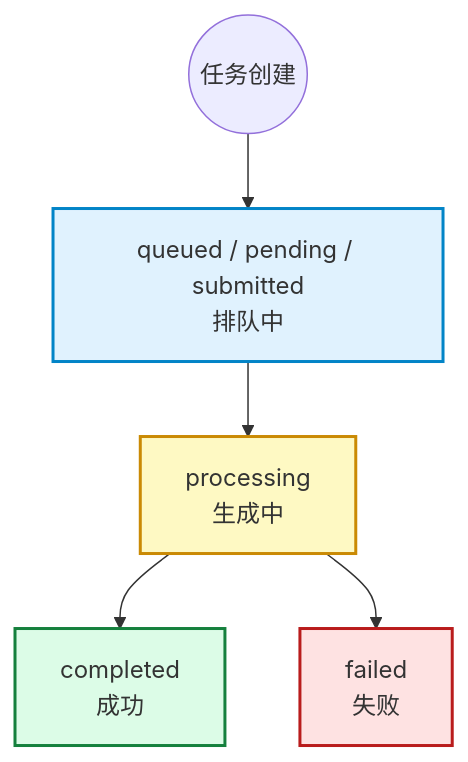
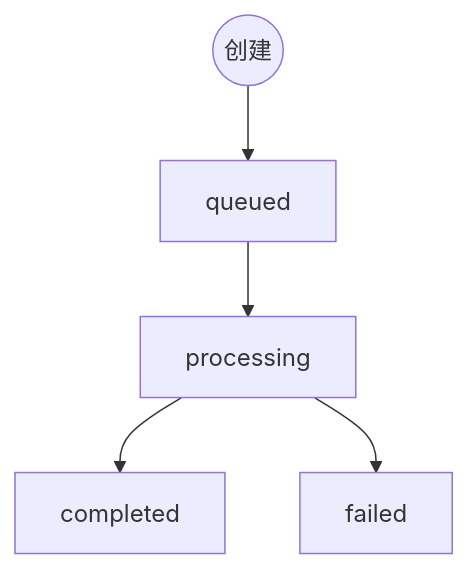
One commit to ZUCCzwp/spdocs changed the diagram in zh/api-reference/common/query.mdx. Above: the diagram before and after it, drawn with Mermaid. The commit also changed other lines of this file and 128 other files, not shown here.

````diff
--- a/zh/api-reference/common/query.mdx
+++ b/zh/api-reference/common/query.mdx
@@ -35,17 +19,7 @@
 ```mermaid
 graph TD
-    classDef queued fill:#e0f2fe,stroke:#0284c7,stroke-width:2px;
-    classDef processing fill:#fef9c3,stroke:#ca8a04,stroke-width:2px;
-    classDef completed fill:#dcfce7,stroke:#15803d,stroke-width:2px;
-    classDef failed fill:#fee2e2,stroke:#b91c1c,stroke-width:2px;
-
-    Start((任务创建)) --> queued[queued / pending / submitted<br>排队中]
-    queued --> processing[processing<br>生成中]
-    processing --> completed[completed<br>成功]
-    processing --> failed[failed<br>失败]
-
-    class queued queued;
-    class processing processing;
-    class completed completed;
-    class failed failed;
+    Start((创建)) --> queued[queued]
+    queued --> processing[processing]
+    processing --> completed[completed]
+    processing --> failed[failed]
 ```
````
